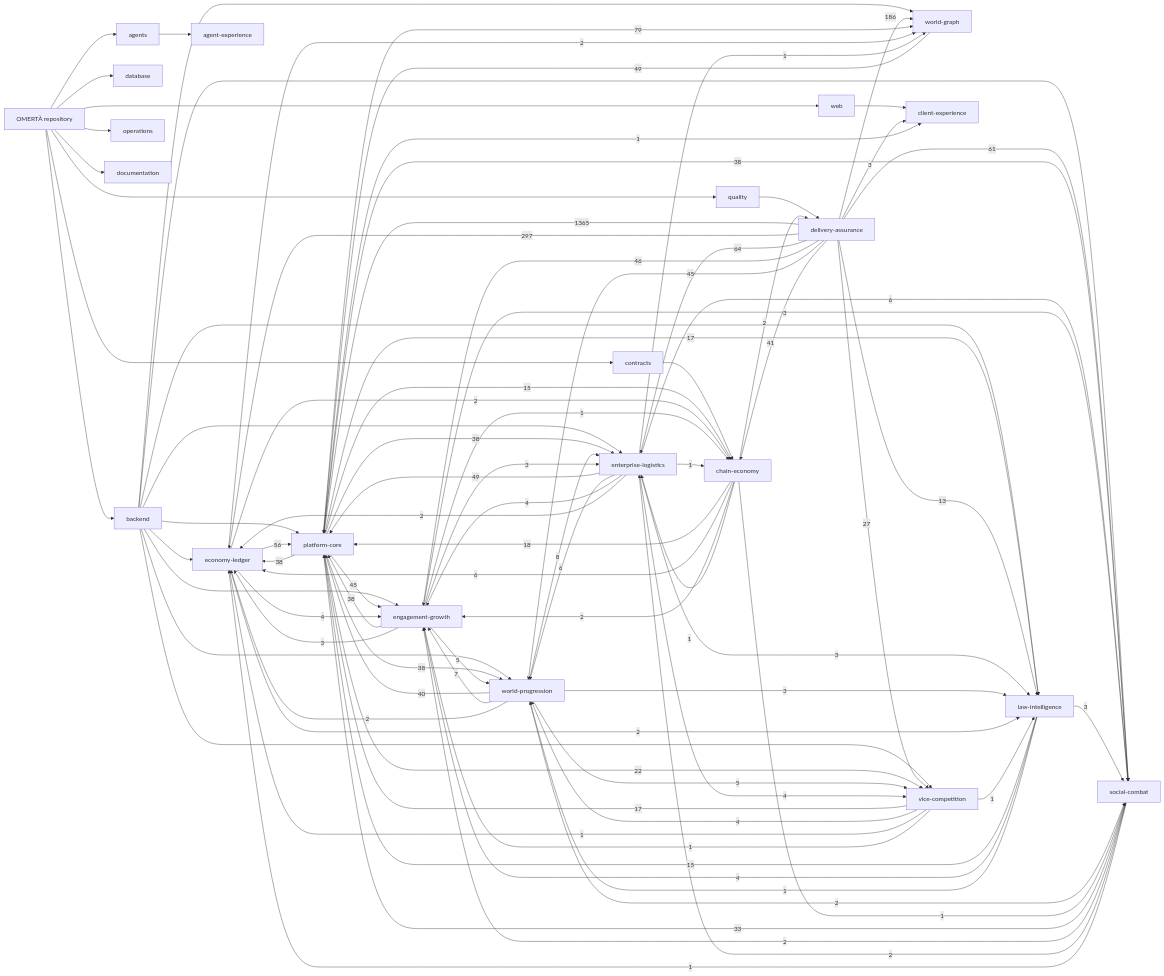
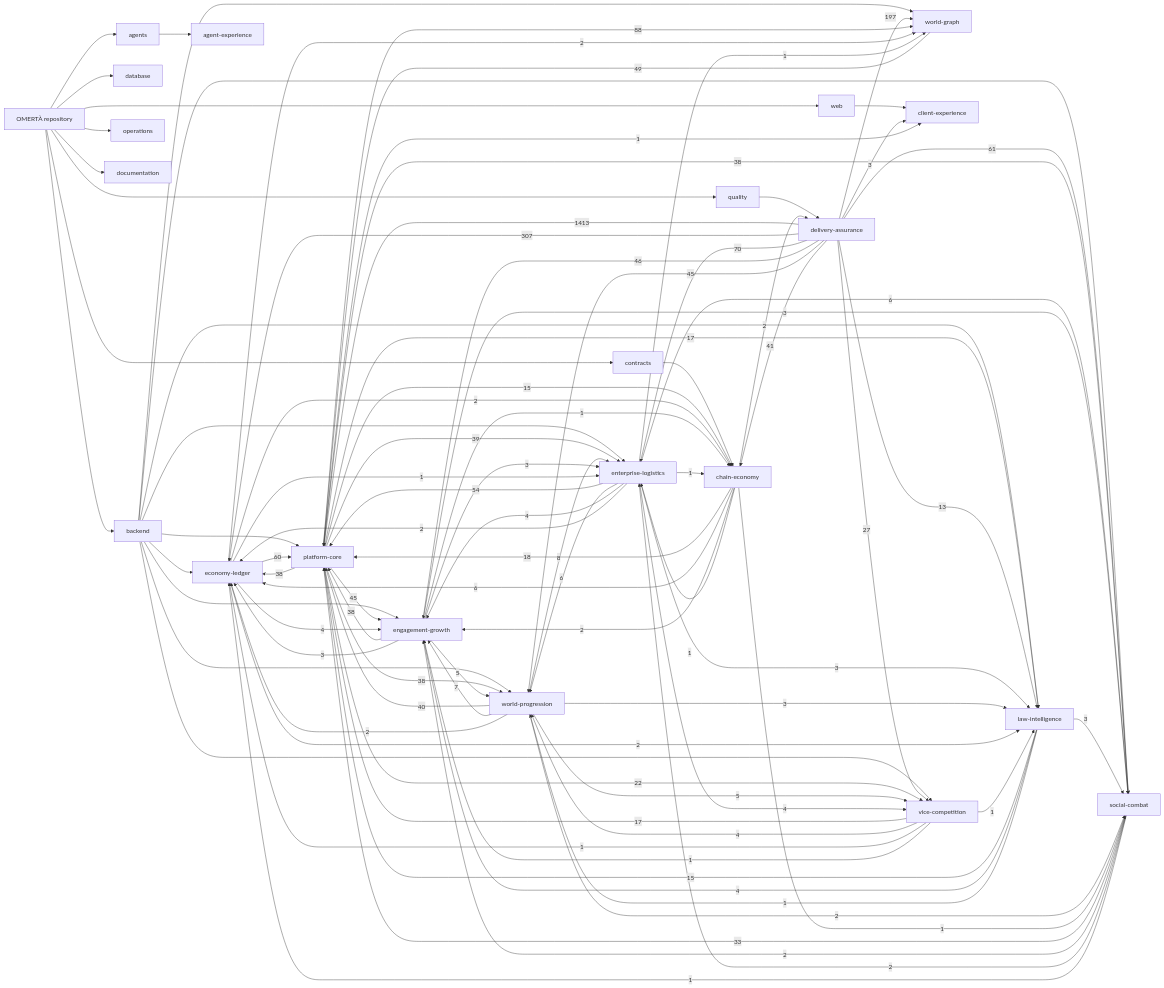
Before and after one commit to OmertaDev/Omerta: the diagram in knowledge/generated/graph.mmd, drawn with Mermaid. The commit also changed 9 other files, not shown here.

```diff
--- a/knowledge/generated/graph.mmd
+++ b/knowledge/generated/graph.mmd
@@ -1,112 +1,113 @@
 flowchart LR
   repo["OMERTÀ repository"]
   sub_backend["backend"]
   repo --> sub_backend
   sub_database["database"]
   repo --> sub_database
   sub_web["web"]
   repo --> sub_web
   sub_contracts["contracts"]
   repo --> sub_contracts
   sub_agents["agents"]
   repo --> sub_agents
   sub_quality["quality"]
   repo --> sub_quality
   sub_operations["operations"]
   repo --> sub_operations
   sub_documentation["documentation"]
   repo --> sub_documentation
   dom_platform-core["platform-core"]
   dom_economy-ledger["economy-ledger"]
   dom_social-combat["social-combat"]
   dom_world-progression["world-progression"]
   dom_world-graph["world-graph"]
   dom_enterprise-logistics["enterprise-logistics"]
   dom_vice-competition["vice-competition"]
   dom_law-intelligence["law-intelligence"]
   dom_chain-economy["chain-economy"]
   dom_engagement-growth["engagement-growth"]
   dom_client-experience["client-experience"]
   dom_agent-experience["agent-experience"]
   dom_delivery-assurance["delivery-assurance"]
   sub_agents --> dom_agent-experience
   sub_backend --> dom_economy-ledger
   sub_backend --> dom_engagement-growth
   sub_backend --> dom_enterprise-logistics
   sub_backend --> dom_law-intelligence
   sub_backend --> dom_platform-core
   sub_backend --> dom_social-combat
   sub_backend --> dom_vice-competition
   sub_backend --> dom_world-graph
   sub_backend --> dom_world-progression
   sub_contracts --> dom_chain-economy
   sub_quality --> dom_delivery-assurance
   sub_web --> dom_client-experience
-  dom_delivery-assurance -->|1365| dom_platform-core
-  dom_delivery-assurance -->|297| dom_economy-ledger
-  dom_delivery-assurance -->|186| dom_world-graph
-  dom_platform-core -->|79| dom_world-graph
-  dom_delivery-assurance -->|64| dom_enterprise-logistics
+  dom_delivery-assurance -->|1413| dom_platform-core
+  dom_delivery-assurance -->|307| dom_economy-ledger
+  dom_delivery-assurance -->|197| dom_world-graph
+  dom_platform-core -->|88| dom_world-graph
+  dom_delivery-assurance -->|70| dom_enterprise-logistics
   dom_delivery-assurance -->|61| dom_social-combat
-  dom_economy-ledger -->|56| dom_platform-core
-  dom_enterprise-logistics -->|49| dom_platform-core
+  dom_economy-ledger -->|60| dom_platform-core
+  dom_enterprise-logistics -->|54| dom_platform-core
   dom_world-graph -->|49| dom_platform-core
   dom_delivery-assurance -->|46| dom_engagement-growth
   dom_delivery-assurance -->|45| dom_world-progression
   dom_platform-core -->|45| dom_engagement-growth
   dom_delivery-assurance -->|41| dom_chain-economy
   dom_world-progression -->|40| dom_platform-core
+  dom_platform-core -->|39| dom_enterprise-logistics
   dom_engagement-growth -->|38| dom_platform-core
   dom_platform-core -->|38| dom_economy-ledger
-  dom_platform-core -->|38| dom_enterprise-logistics
   dom_platform-core -->|38| dom_social-combat
   dom_platform-core -->|38| dom_world-progression
   dom_social-combat -->|33| dom_platform-core
   dom_delivery-assurance -->|27| dom_vice-competition
   dom_platform-core -->|22| dom_vice-competition
   dom_chain-economy -->|18| dom_platform-core
   dom_platform-core -->|17| dom_law-intelligence
   dom_vice-competition -->|17| dom_platform-core
   dom_law-intelligence -->|15| dom_platform-core
   dom_platform-core -->|15| dom_chain-economy
   dom_delivery-assurance -->|13| dom_law-intelligence
   dom_world-progression -->|8| dom_enterprise-logistics
   dom_world-progression -->|7| dom_engagement-growth
   dom_chain-economy -->|6| dom_economy-ledger
   dom_enterprise-logistics -->|6| dom_social-combat
   dom_enterprise-logistics -->|6| dom_world-progression
   dom_engagement-growth -->|5| dom_world-progression
   dom_world-progression -->|5| dom_vice-competition
   dom_economy-ledger -->|4| dom_engagement-growth
   dom_enterprise-logistics -->|4| dom_engagement-growth
   dom_enterprise-logistics -->|4| dom_vice-competition
   dom_law-intelligence -->|4| dom_engagement-growth
   dom_vice-competition -->|4| dom_world-progression
   dom_delivery-assurance -->|3| dom_client-experience
   dom_engagement-growth -->|3| dom_economy-ledger
   dom_engagement-growth -->|3| dom_enterprise-logistics
   dom_engagement-growth -->|3| dom_social-combat
   dom_enterprise-logistics -->|3| dom_law-intelligence
   dom_law-intelligence -->|3| dom_social-combat
   dom_world-progression -->|3| dom_law-intelligence
   dom_chain-economy -->|2| dom_delivery-assurance
   dom_chain-economy -->|2| dom_engagement-growth
   dom_economy-ledger -->|2| dom_chain-economy
   dom_economy-ledger -->|2| dom_law-intelligence
   dom_economy-ledger -->|2| dom_world-graph
   dom_enterprise-logistics -->|2| dom_economy-ledger
   dom_social-combat -->|2| dom_engagement-growth
   dom_social-combat -->|2| dom_enterprise-logistics
   dom_world-progression -->|2| dom_economy-ledger
   dom_world-progression -->|2| dom_social-combat
   dom_chain-economy -->|1| dom_enterprise-logistics
   dom_chain-economy -->|1| dom_social-combat
+  dom_economy-ledger -->|1| dom_enterprise-logistics
   dom_engagement-growth -->|1| dom_chain-economy
   dom_enterprise-logistics -->|1| dom_chain-economy
   dom_enterprise-logistics -->|1| dom_world-graph
   dom_law-intelligence -->|1| dom_world-progression
   dom_platform-core -->|1| dom_client-experience
   dom_social-combat -->|1| dom_economy-ledger
   dom_vice-competition -->|1| dom_economy-ledger
   dom_vice-competition -->|1| dom_engagement-growth
   dom_vice-competition -->|1| dom_law-intelligence
```
